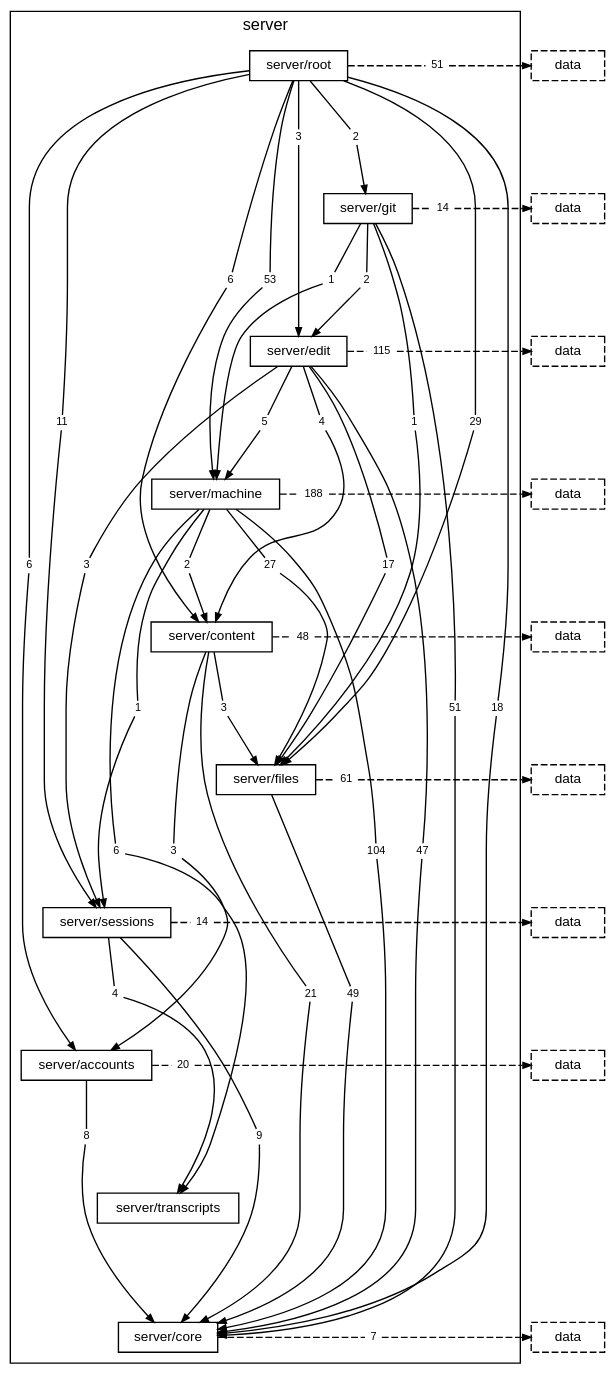
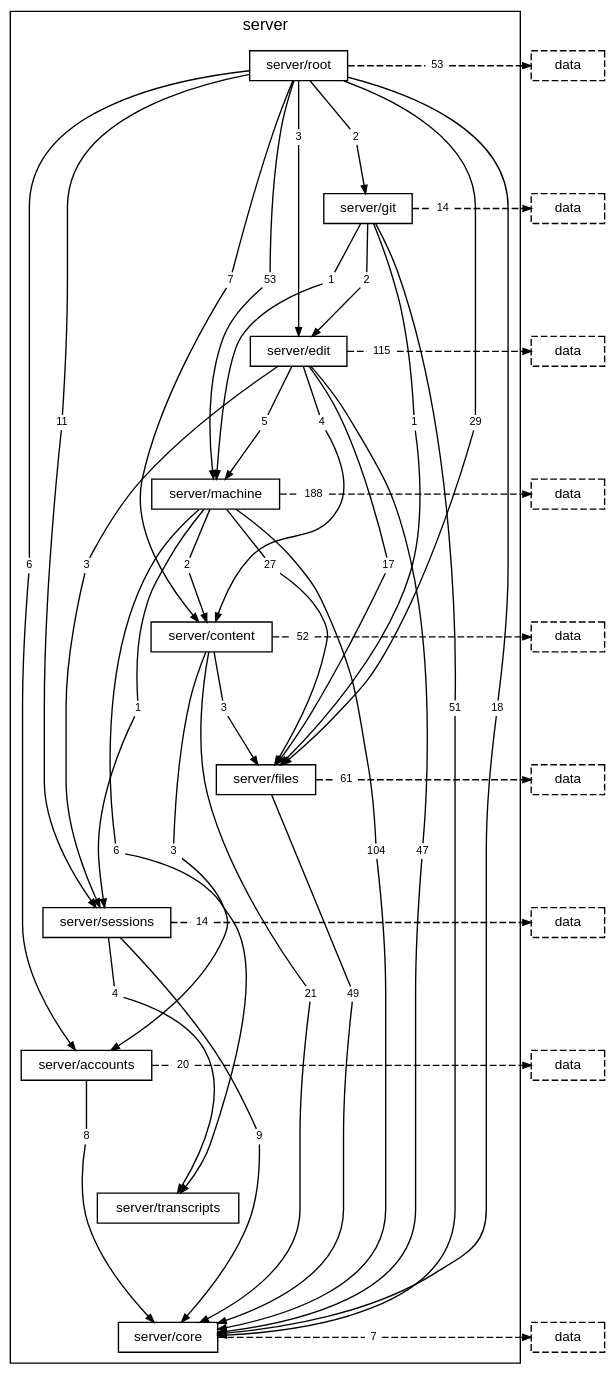
Before and after one commit to TheAxeC/oculus: the diagram in docs/diagrams/layer-server.dot, drawn with Graphviz. The commit also changed 76 other files, not shown here.

```diff
--- a/docs/diagrams/layer-server.dot
+++ b/docs/diagrams/layer-server.dot
@@ -15,14 +15,14 @@
         "folder server/transcripts" [label="server/transcripts"];
         "folder server/core" [label="server/core"];
         "folder server/root to folder server/accounts" [label="6", shape=box, color="transparent", fontsize=8, width=0, height=0, margin="0.04,0.02"];
-        "folder server/root to folder server/content" [label="6", shape=box, color="transparent", fontsize=8, width=0, height=0, margin="0.04,0.02"];
+        "folder server/root to folder server/content" [label="7", shape=box, color="transparent", fontsize=8, width=0, height=0, margin="0.04,0.02"];
         "folder server/root to folder server/core" [label="18", shape=box, color="transparent", fontsize=8, width=0, height=0, margin="0.04,0.02"];
         "folder server/root to folder server/edit" [label="3", shape=box, color="transparent", fontsize=8, width=0, height=0, margin="0.04,0.02"];
         "folder server/root to folder server/files" [label="29", shape=box, color="transparent", fontsize=8, width=0, height=0, margin="0.04,0.02"];
         "folder server/root to folder server/git" [label="2", shape=box, color="transparent", fontsize=8, width=0, height=0, margin="0.04,0.02"];
         "folder server/root to folder server/machine" [label="53", shape=box, color="transparent", fontsize=8, width=0, height=0, margin="0.04,0.02"];
         "folder server/root to folder server/sessions" [label="11", shape=box, color="transparent", fontsize=8, width=0, height=0, margin="0.04,0.02"];
-        "folder server/root to layer data" [label="51", shape=box, color="transparent", fontsize=8, width=0, height=0, margin="0.04,0.02"];
+        "folder server/root to layer data" [label="53", shape=box, color="transparent", fontsize=8, width=0, height=0, margin="0.04,0.02"];
         "folder server/git to folder server/core" [label="51", shape=box, color="transparent", fontsize=8, width=0, height=0, margin="0.04,0.02"];
         "folder server/git to folder server/edit" [label="2", shape=box, color="transparent", fontsize=8, width=0, height=0, margin="0.04,0.02"];
         "folder server/git to folder server/files" [label="1", shape=box, color="transparent", fontsize=8, width=0, height=0, margin="0.04,0.02"];
@@ -43,7 +43,7 @@
         "folder server/content to folder server/accounts" [label="3", shape=box, color="transparent", fontsize=8, width=0, height=0, margin="0.04,0.02"];
         "folder server/content to folder server/core" [label="21", shape=box, color="transparent", fontsize=8, width=0, height=0, margin="0.04,0.02"];
         "folder server/content to folder server/files" [label="3", shape=box, color="transparent", fontsize=8, width=0, height=0, margin="0.04,0.02"];
-        "folder server/content to layer data" [label="48", shape=box, color="transparent", fontsize=8, width=0, height=0, margin="0.04,0.02"];
+        "folder server/content to layer data" [label="52", shape=box, color="transparent", fontsize=8, width=0, height=0, margin="0.04,0.02"];
         "folder server/files to folder server/core" [label="49", shape=box, color="transparent", fontsize=8, width=0, height=0, margin="0.04,0.02"];
         "folder server/files to layer data" [label="61", shape=box, color="transparent", fontsize=8, width=0, height=0, margin="0.04,0.02"];
         "folder server/sessions to folder server/core" [label="9", shape=box, color="transparent", fontsize=8, width=0, height=0, margin="0.04,0.02"];
```
